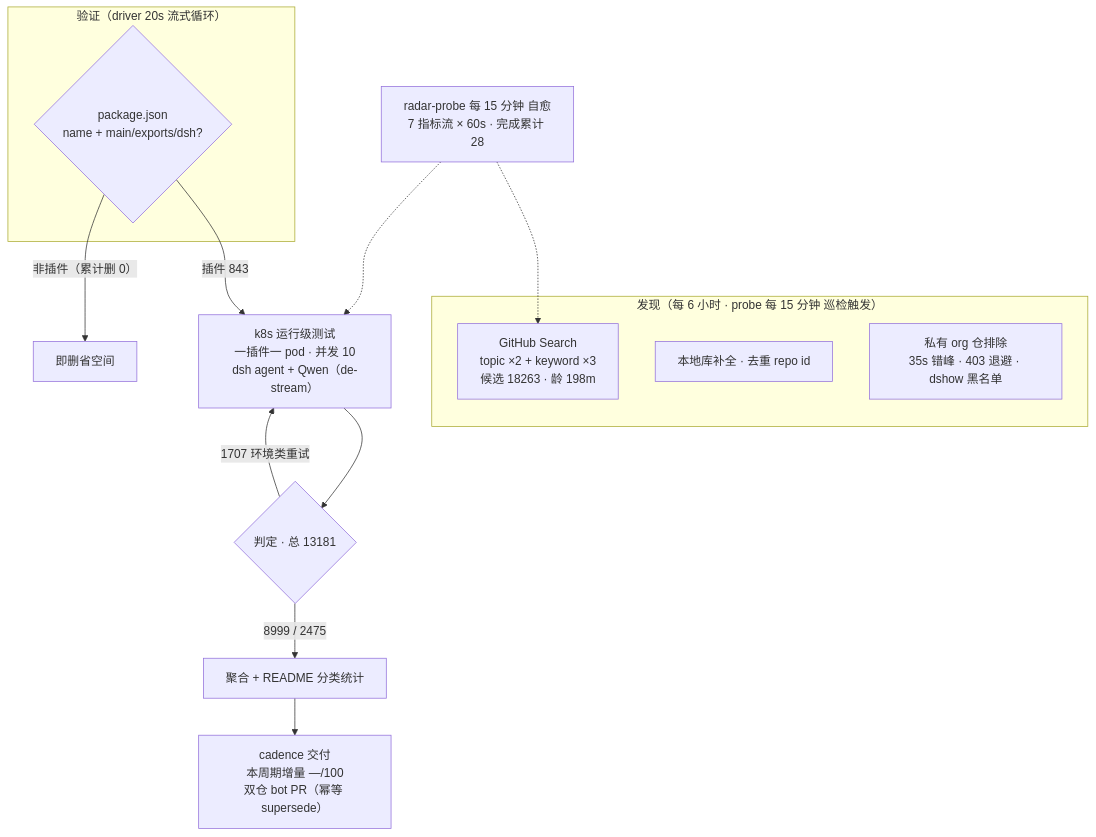
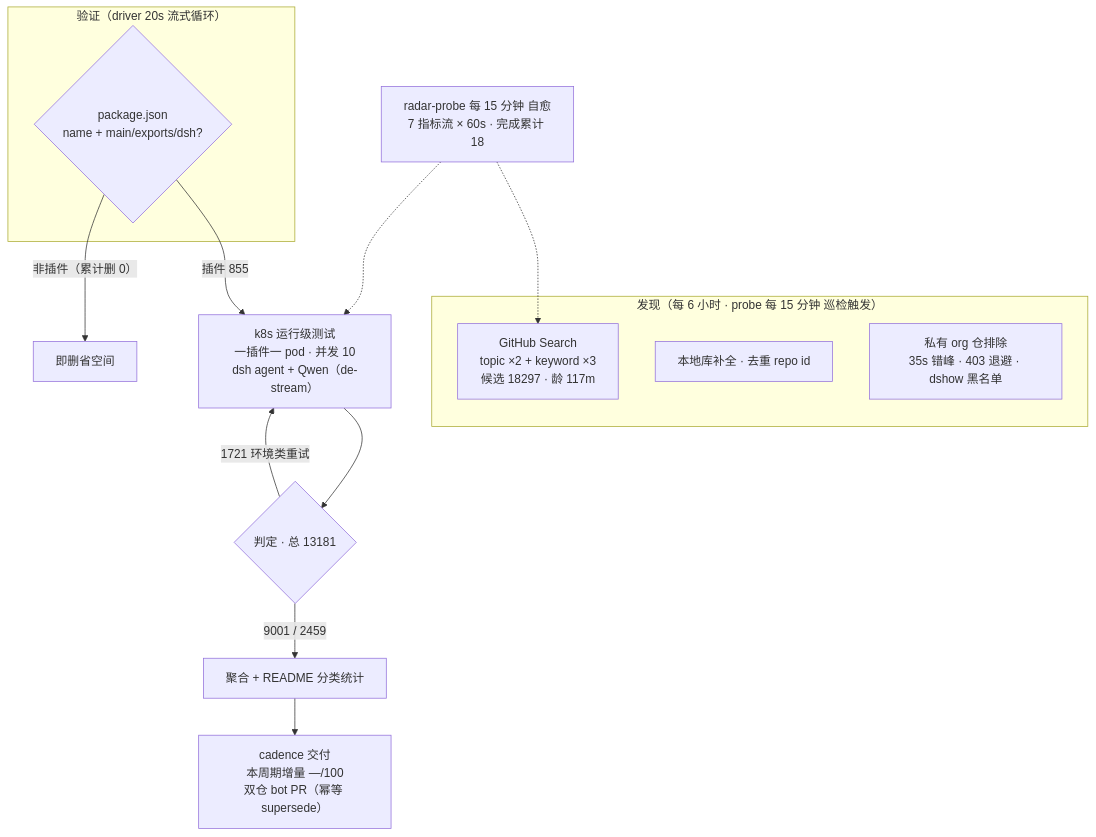
The diagram in README.md (Zhidao-Lab-OSS/awesome-dsh-plugins), drawn with Mermaid before and after one commit. The commit also changed other lines of this file and 1 other file, not shown here.

````diff
--- a/README.md
+++ b/README.md
@@ -52,20 +52,20 @@
 ```mermaid
 flowchart TB
     subgraph Discovery["发现（每 6 小时 · probe 每 15 分钟 巡检触发）"]
-        A1["GitHub Search<br/>topic ×2 + keyword ×3<br/>候选 18263 · 龄 198m"]
+        A1["GitHub Search<br/>topic ×2 + keyword ×3<br/>候选 18297 · 龄 117m"]
         A2["本地库补全 · 去重 repo id"]
         A3["私有 org 仓排除<br/>35s 错峰 · 403 退避 · dshow 黑名单"]
     end
     subgraph Validation["验证（driver 20s 流式循环）"]
         B1{"package.json<br/>name + main/exports/dsh?"}
     end
-    B1 -->|"插件 843"| C1["k8s 运行级测试<br/>一插件一 pod · 并发 10<br/>dsh agent + Qwen（de-stream）"]
+    B1 -->|"插件 855"| C1["k8s 运行级测试<br/>一插件一 pod · 并发 10<br/>dsh agent + Qwen（de-stream）"]
     B1 -->|"非插件（累计删 0）"| B3["即删省空间"]
     C1 --> D1{"判定 · 总 13181"}
-    D1 -->|"8999 / 2475"| E1["聚合 + README 分类统计"]
-    D1 -->|"1707 环境类重试"| C1
+    D1 -->|"9001 / 2459"| E1["聚合 + README 分类统计"]
+    D1 -->|"1721 环境类重试"| C1
     E1 --> E2["cadence 交付<br/>本周期增量 —/100<br/>双仓 bot PR（幂等 supersede）"]
-    M["radar-probe 每 15 分钟 自愈<br/>7 指标流 × 60s · 完成累计 28"]
+    M["radar-probe 每 15 分钟 自愈<br/>7 指标流 × 60s · 完成累计 18"]
     M -.-> A1
     M -.-> C1
 ```
````
